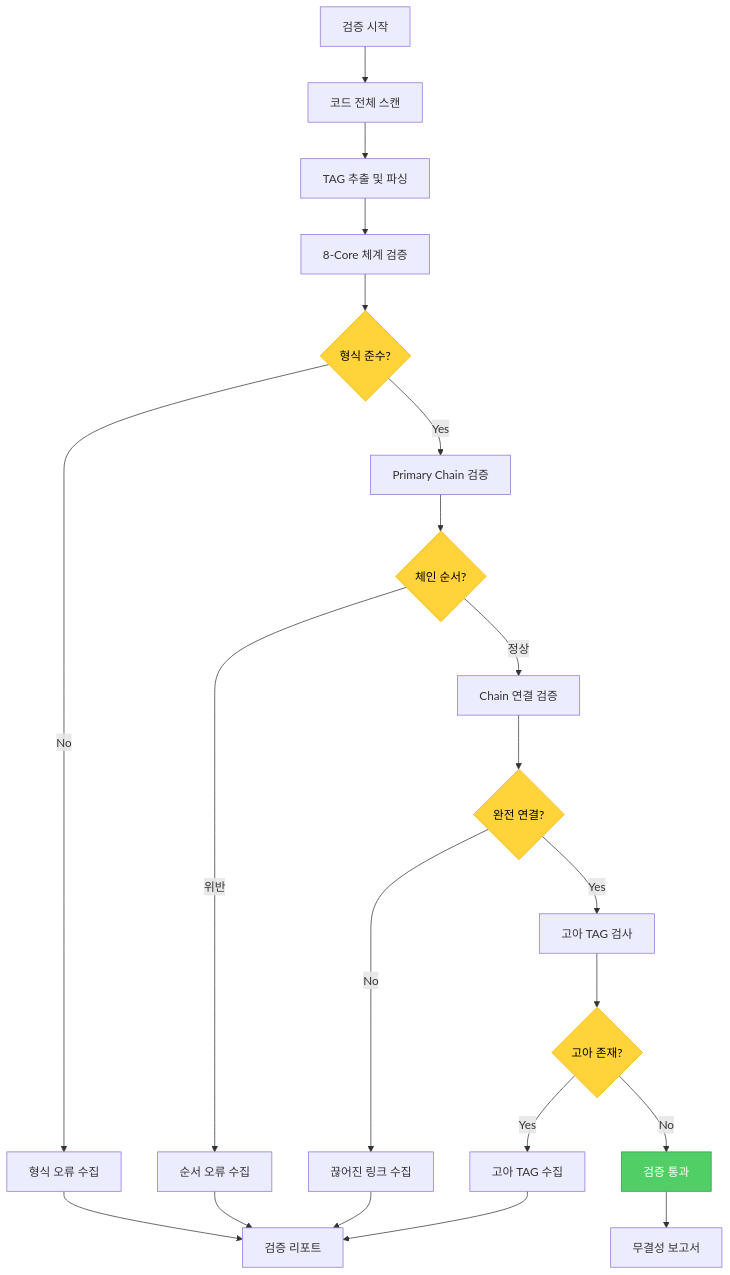
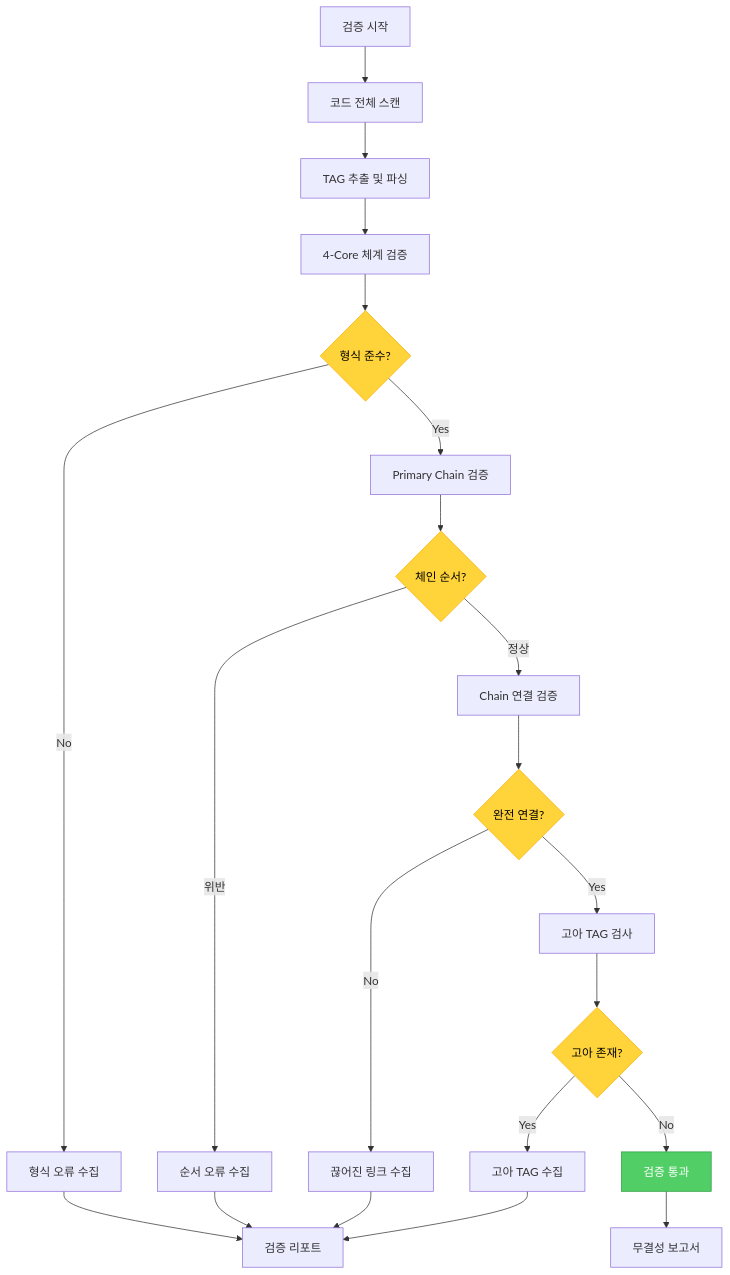
The fifth of 6 diagrams in docs/claude/agents/tag-agent.md (modu-ai/moai-adk), drawn with Mermaid before and after one commit. The commit also changed other lines of this file and 34 other files, not shown here.

````diff
--- a/docs/claude/agents/tag-agent.md
+++ b/docs/claude/agents/tag-agent.md
@@ -549,34 +549,34 @@
 ```mermaid
 graph TB
     A[검증 시작] --> B[코드 전체 스캔]
     B --> C[TAG 추출 및 파싱]
-    C --> D[8-Core 체계 검증]
+    C --> D[4-Core 체계 검증]
 
     D --> E{형식 준수?}
     E -->|No| F[형식 오류 수집]
     E -->|Yes| G[Primary Chain 검증]
 
     G --> H{체인 순서?}
     H -->|위반| I[순서 오류 수집]
     H -->|정상| J[Chain 연결 검증]
 
     J --> K{완전 연결?}
     K -->|No| L[끊어진 링크 수집]
     K -->|Yes| M[고아 TAG 검사]
 
     M --> N{고아 존재?}
     N -->|Yes| O[고아 TAG 수집]
     N -->|No| P[검증 통과]
 
     F --> Q[검증 리포트]
     I --> Q
     L --> Q
     O --> Q
     P --> R[무결성 보고서]
 
     style E fill:#ffd43b,stroke:#fab005,color:#000
     style H fill:#ffd43b,stroke:#fab005,color:#000
     style K fill:#ffd43b,stroke:#fab005,color:#000
     style N fill:#ffd43b,stroke:#fab005,color:#000
     style P fill:#51cf66,stroke:#2f9e44,color:#fff
 ```
````
